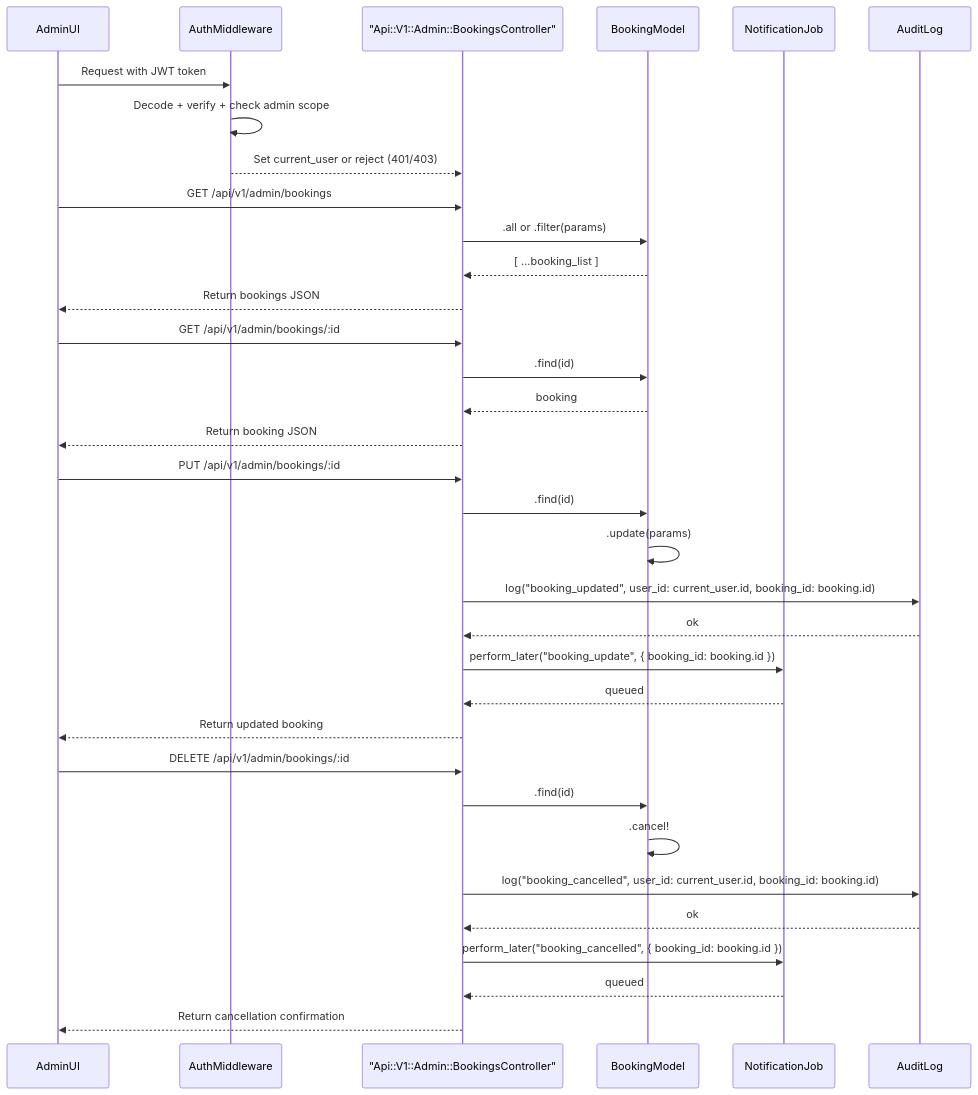
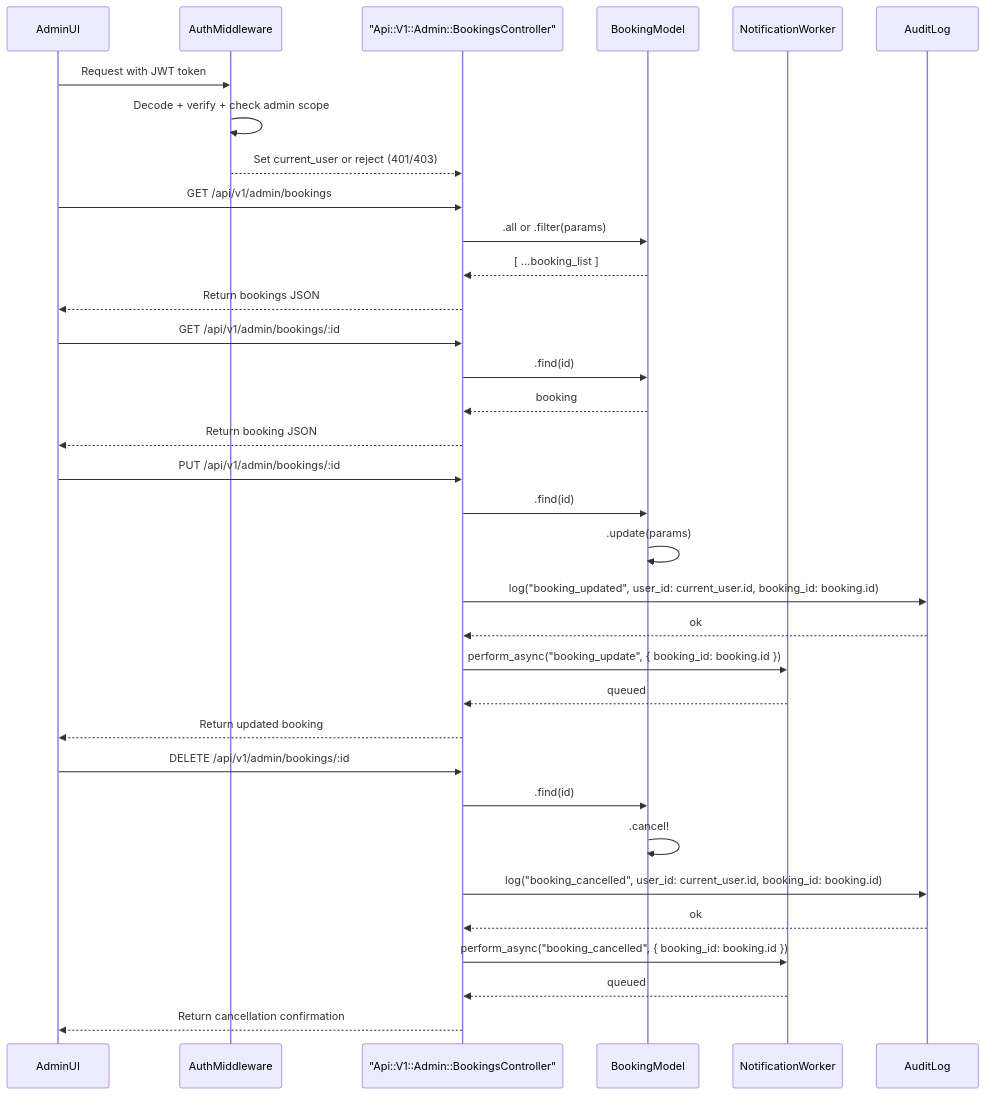
One commit to Video-API-architecture/architecture-proposal changed the diagram in diagrams/admins/booking.mermaid. Above: the diagram before and after it, drawn with Mermaid. The commit also changed 15 other files, not shown here.

```diff
--- a/diagrams/admins/booking.mermaid
+++ b/diagrams/admins/booking.mermaid
@@ -1,44 +1,44 @@
 sequenceDiagram
     participant AdminUI
     participant Auth as AuthMiddleware
     participant ABC as "Api::V1::Admin::BookingsController"
     participant Booking as BookingModel
-    participant NotificationJob
+    participant NotificationWorker
     participant AuditLog
 
     %% Auth check (admin only)
     AdminUI->>Auth: Request with JWT token
     Auth->>Auth: Decode + verify + check admin scope
     Auth-->>ABC: Set current_user or reject (401/403)
 
     %% List all bookings
     AdminUI->>ABC: GET /api/v1/admin/bookings
     ABC->>Booking: .all or .filter(params)
     Booking-->>ABC: [ ...booking_list ]
     ABC-->>AdminUI: Return bookings JSON
 
     %% Get booking details
     AdminUI->>ABC: GET /api/v1/admin/bookings/:id
     ABC->>Booking: .find(id)
     Booking-->>ABC: booking
     ABC-->>AdminUI: Return booking JSON
 
     %% Update booking
     AdminUI->>ABC: PUT /api/v1/admin/bookings/:id
     ABC->>Booking: .find(id)
     Booking->>Booking: .update(params)
     ABC->>AuditLog: log("booking_updated", user_id: current_user.id, booking_id: booking.id)
     AuditLog-->>ABC: ok
-    ABC->>NotificationJob: perform_later("booking_update", { booking_id: booking.id })
-    NotificationJob-->>ABC: queued
+    ABC->>NotificationWorker: perform_async("booking_update", { booking_id: booking.id })
+    NotificationWorker-->>ABC: queued
     ABC-->>AdminUI: Return updated booking
 
     %% Cancel booking
     AdminUI->>ABC: DELETE /api/v1/admin/bookings/:id
     ABC->>Booking: .find(id)
     Booking->>Booking: .cancel!
     ABC->>AuditLog: log("booking_cancelled", user_id: current_user.id, booking_id: booking.id)
     AuditLog-->>ABC: ok
-    ABC->>NotificationJob: perform_later("booking_cancelled", { booking_id: booking.id })
-    NotificationJob-->>ABC: queued
+    ABC->>NotificationWorker: perform_async("booking_cancelled", { booking_id: booking.id })
+    NotificationWorker-->>ABC: queued
     ABC-->>AdminUI: Return cancellation confirmation
```
